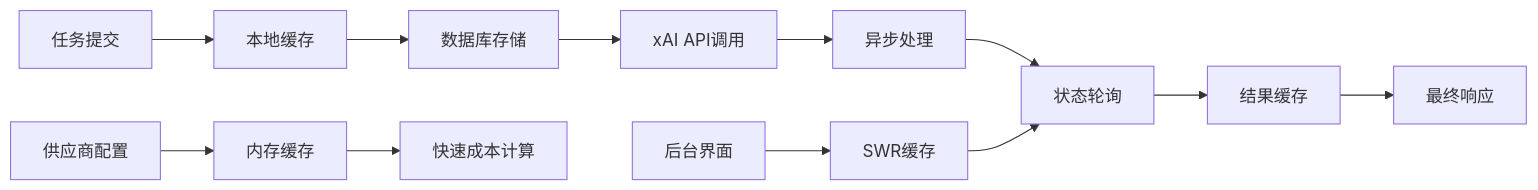
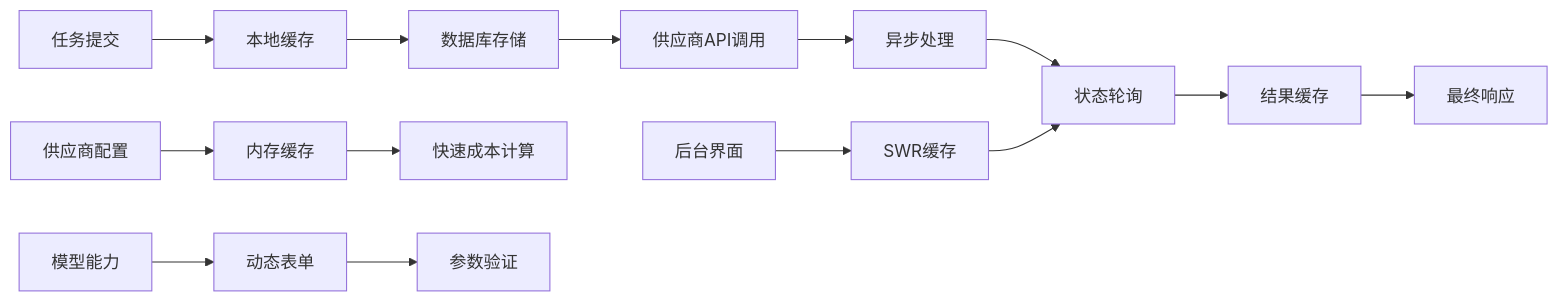
Before and after one commit to KunLabAI/KunFlix: diagram 12 of 12 in .qoder/repowiki/zh/content/API接口文档/视频生成API文档.md, drawn with Mermaid. The commit also changed other lines of this file and 10 other files, not shown here.

````diff
--- a/.qoder/repowiki/zh/content/API接口文档/视频生成API文档.md
+++ b/.qoder/repowiki/zh/content/API接口文档/视频生成API文档.md
@@ -615,14 +768,16 @@
 ```mermaid
 flowchart LR
 A[任务提交] --> B[本地缓存]
 B --> C[数据库存储]
-C --> D[xAI API调用]
+C --> D[供应商API调用]
 D --> E[异步处理]
 E --> F[状态轮询]
 F --> G[结果缓存]
 G --> H[最终响应]
 I[后台界面] --> J[SWR缓存]
 J --> F
 K[供应商配置] --> L[内存缓存]
 L --> M[快速成本计算]
+N[模型能力] --> O[动态表单]
+O --> P[参数验证]
 ```
````
